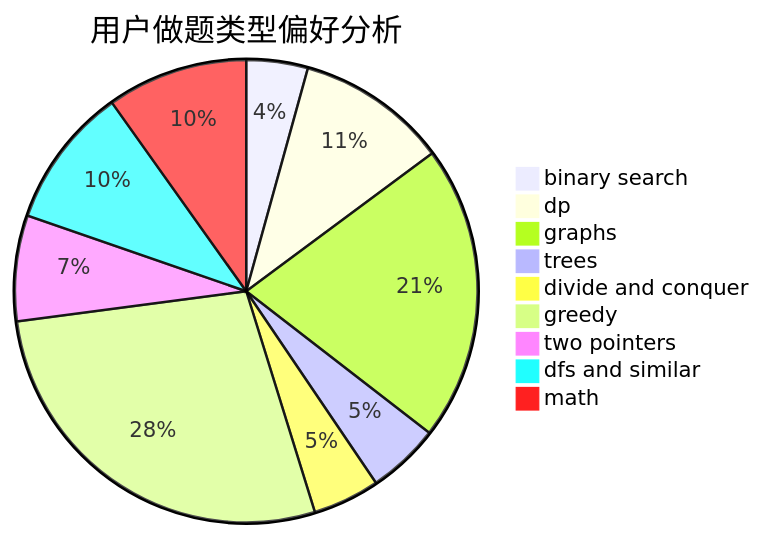
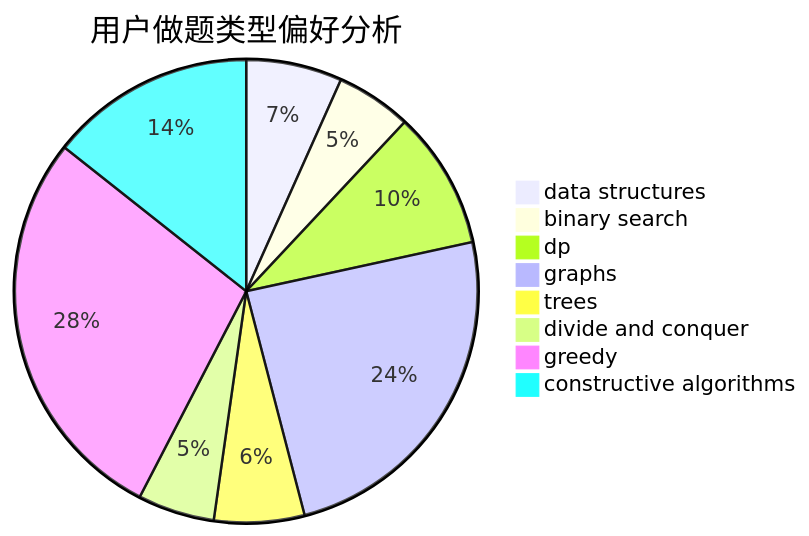
One commit to sherpahu/cfrs.github.io changed the second of 3 diagrams in docs/user/u129.md. Above: the diagram before and after it, drawn with Mermaid. The commit also changed other lines of this file and 2775 other files, not shown here.

````diff
--- a/docs/user/u129.md
+++ b/docs/user/u129.md
@@ -23,12 +23,11 @@
 ```mermaid
 pie title 用户做题类型偏好分析
-    "binary search" :  68
-    "dp" :  167
-    "graphs" :  327
+    "data structures" :  85
+    "binary search" :  67
+    "dp" :  122
+    "graphs" :  309
     "trees" :  80
-    "divide and conquer" :  74
-    "greedy" :  439
-    "two pointers" :  117
-    "dfs and similar" :  156
-    "math" :  156
+    "divide and conquer" :  68
+    "greedy" :  356
+    "constructive algorithms" :  182
 ```
````
